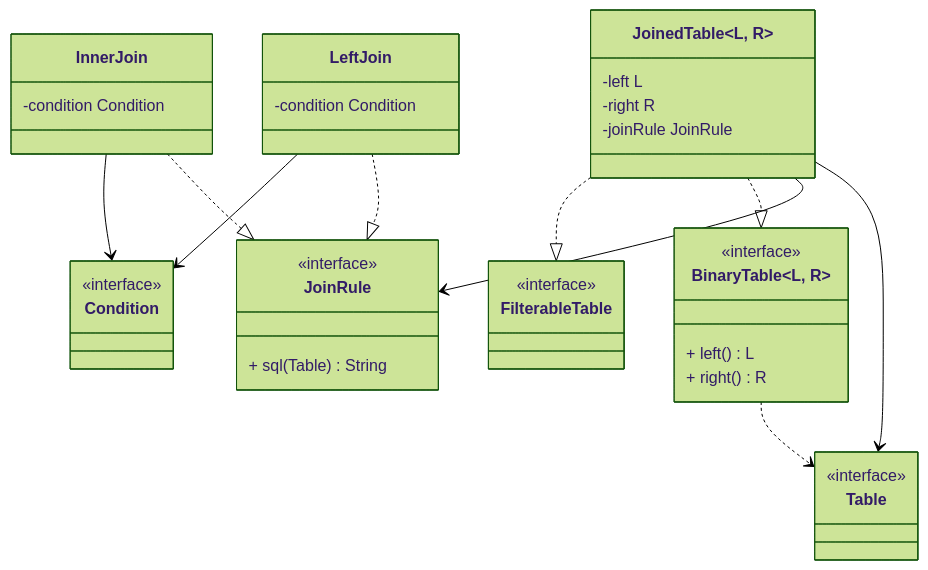
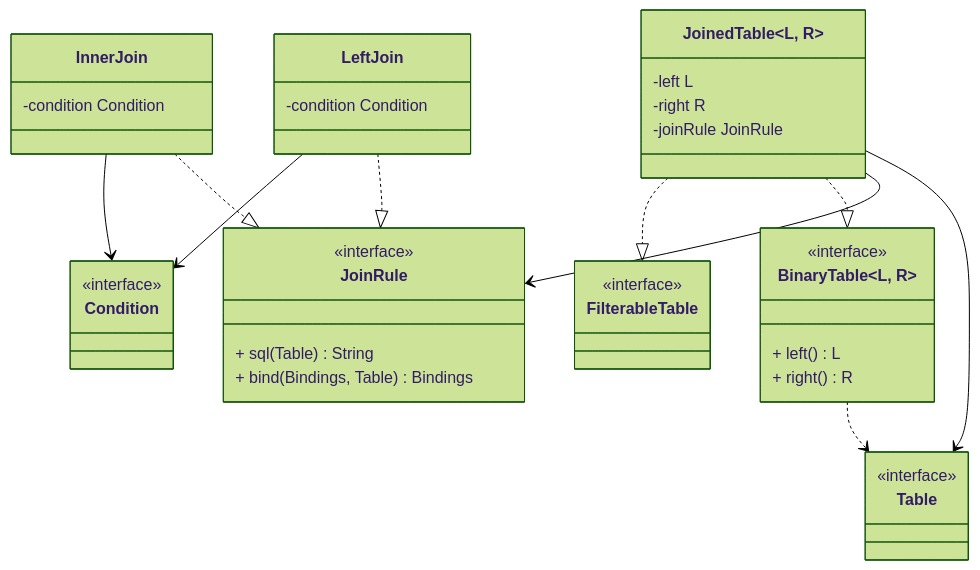
Before and after one commit to safarislava/QueryBricks: the second of 13 diagrams in docs/domain.md, drawn with Mermaid (forest theme). The commit also changed other lines of this file and 1 other file, not shown here.

````diff
--- a/docs/domain.md
+++ b/docs/domain.md
@@ -39,48 +39,49 @@
 ```mermaid
 classDiagram
     class FilterableTable {
         <<interface>>
     }
 
     class JoinRule {
         <<interface>>
         + sql(Table) String
+        + bind(Bindings, Table) Bindings
     }
     
     class Condition {
         <<interface>>
     }
     InnerJoin --> Condition
     LeftJoin --> Condition
 
     class InnerJoin {
         -condition Condition
     }
     InnerJoin ..|> JoinRule
 
     class LeftJoin {
         -condition Condition
     }
     LeftJoin ..|> JoinRule
 
     class BinaryTable~L, R~ {
         <<interface>>
         + left() L
         + right() R
     }
 
     class JoinedTable~L, R~ {
         -left L
         -right R
         -joinRule JoinRule
     }
     JoinedTable ..|> FilterableTable
     JoinedTable ..|> BinaryTable~L, R~
     JoinedTable --> JoinRule
 
     class Table {
         <<interface>>
     }
     JoinedTable --> Table
     BinaryTable ..> Table
 ```
````
